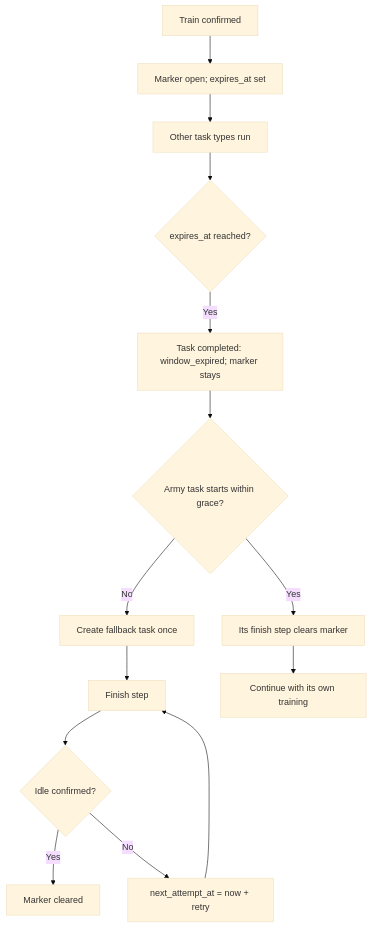
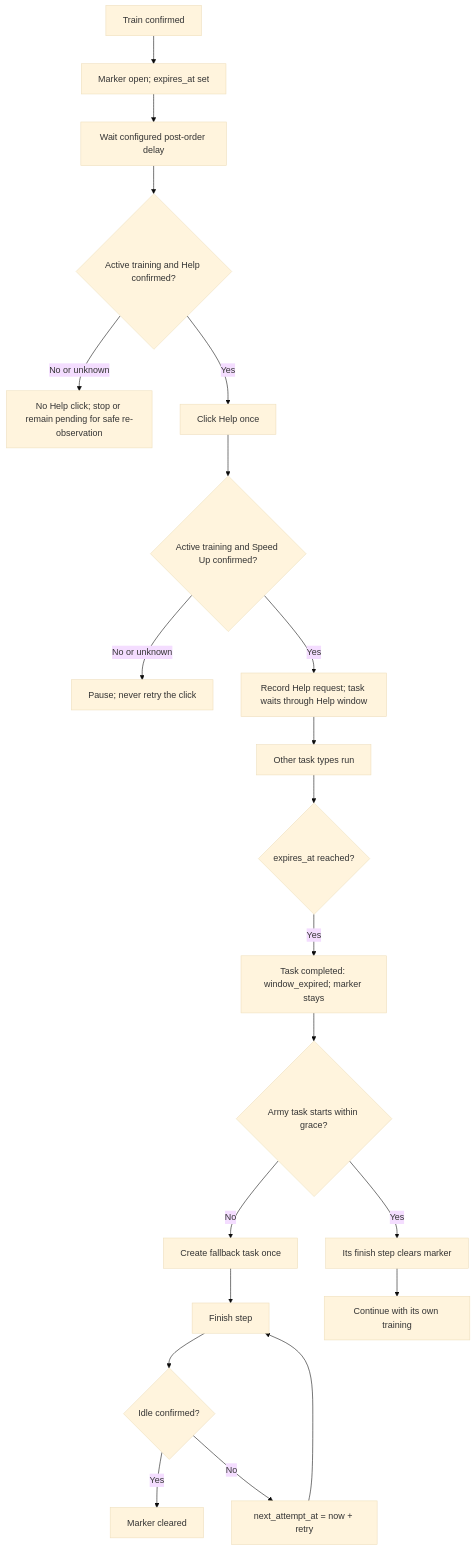
Before and after one commit to zaratedaniela692-rgb/tba_km: the third of 4 diagrams in docs/game/army_training_slot_workflow.md, drawn with Mermaid (base theme). The commit also changed other lines of this file and 47 other files, not shown here.

Commit message:
automation: add training help and speedup workflows

````diff
--- a/docs/game/army_training_slot_workflow.md
+++ b/docs/game/army_training_slot_workflow.md
@@ -330,16 +336,23 @@
 ```mermaid
 flowchart TD
     A[Train confirmed] --> B[Marker open; expires_at set]
-    B --> C[Other task types run]
-    C --> D{expires_at reached?}
-    D -->|Yes| E[Task completed: window_expired; marker stays]
-    E --> F{Army task starts within grace?}
-    F -->|Yes| G[Its finish step clears marker]
-    F -->|No| H[Create fallback task once]
-    H --> I[Finish step]
-    G --> J[Continue with its own training]
-    I --> K{Idle confirmed?}
-    K -->|Yes| L[Marker cleared]
-    K -->|No| M[next_attempt_at = now + retry]
-    M --> I
+    B --> C[Wait configured post-order delay]
+    C --> D{Active training and Help confirmed?}
+    D -->|No or unknown| E[No Help click; stop or remain pending for safe re-observation]
+    D -->|Yes| F[Click Help once]
+    F --> G{Active training and Speed Up confirmed?}
+    G -->|No or unknown| H[Pause; never retry the click]
+    G -->|Yes| I[Record Help request; task waits through Help window]
+    I --> J[Other task types run]
+    J --> K{expires_at reached?}
+    K -->|Yes| L[Task completed: window_expired; marker stays]
+    L --> M{Army task starts within grace?}
+    M -->|Yes| N[Its finish step clears marker]
+    M -->|No| O[Create fallback task once]
+    O --> P[Finish step]
+    N --> Q[Continue with its own training]
+    P --> R{Idle confirmed?}
+    R -->|Yes| S[Marker cleared]
+    R -->|No| T[next_attempt_at = now + retry]
+    T --> P
 ```
````
